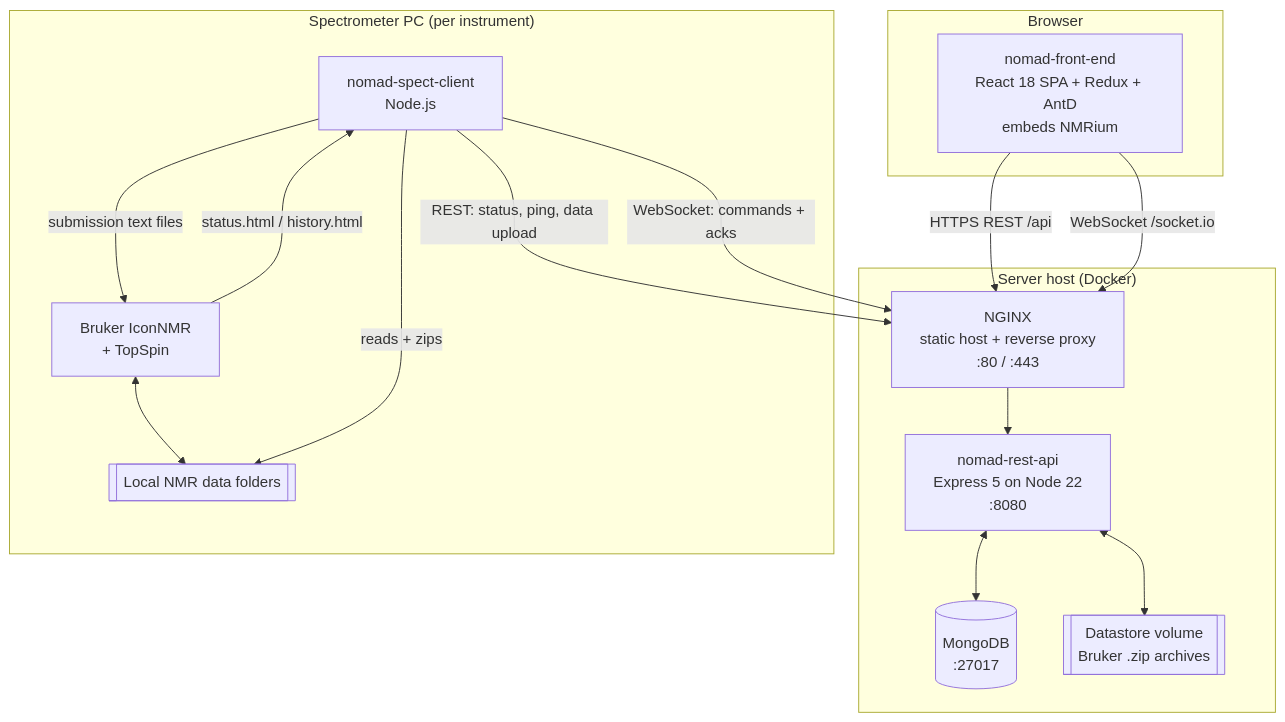
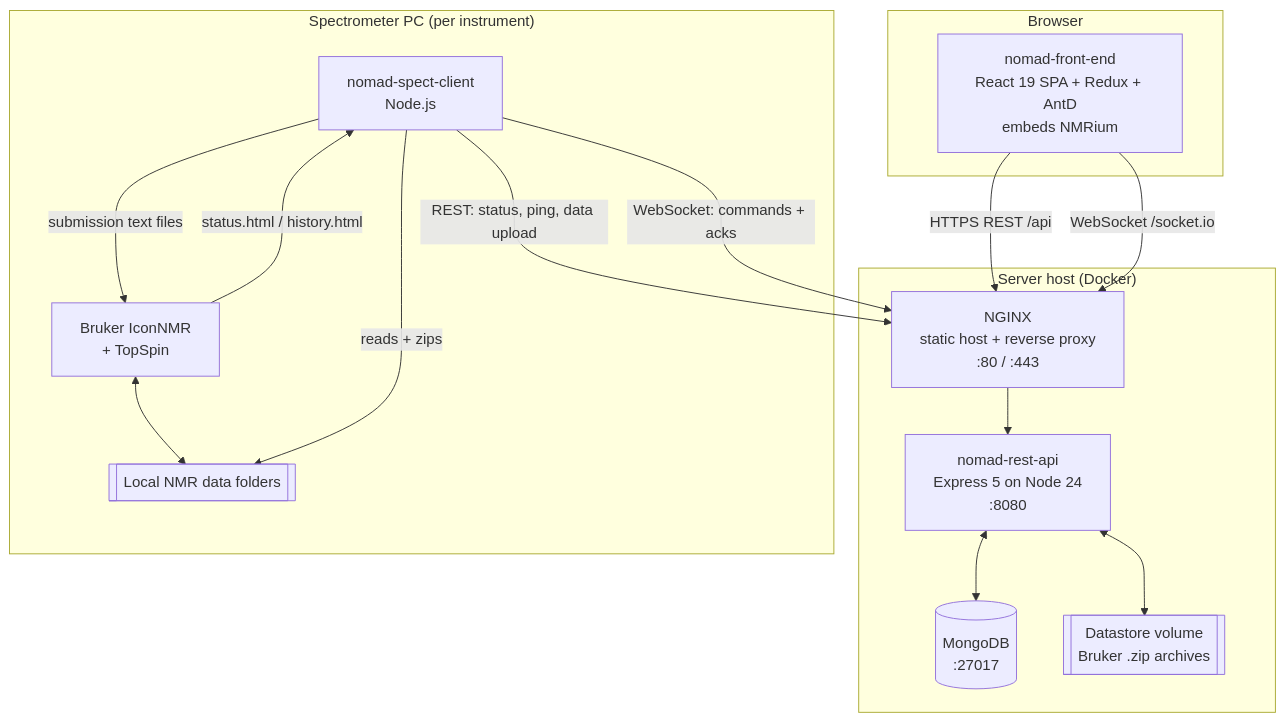
Before and after one commit to nomad-nmr/nomad-server: the first of 5 diagrams in SPEC.md, drawn with Mermaid. The commit also changed other lines of this file, not shown here.

````diff
--- a/SPEC.md
+++ b/SPEC.md
@@ -87,31 +87,31 @@
 ```mermaid
 graph TB
     subgraph Browser
-        FE["nomad-front-end<br/>React 18 SPA + Redux + AntD<br/>embeds NMRium"]
+        FE["nomad-front-end<br/>React 19 SPA + Redux + AntD<br/>embeds NMRium"]
     end
 
     subgraph "Server host (Docker)"
         NGINX["NGINX<br/>static host + reverse proxy<br/>:80 / :443"]
-        API["nomad-rest-api<br/>Express 5 on Node 22<br/>:8080"]
+        API["nomad-rest-api<br/>Express 5 on Node 24<br/>:8080"]
         DB[("MongoDB<br/>:27017")]
         FS[["Datastore volume<br/>Bruker .zip archives"]]
     end
 
     subgraph "Spectrometer PC (per instrument)"
         SC["nomad-spect-client<br/>Node.js"]
         ICON["Bruker IconNMR<br/>+ TopSpin"]
         DATA[["Local NMR data folders"]]
     end
 
     FE -- "HTTPS REST /api" --> NGINX
     FE -- "WebSocket /socket.io" --> NGINX
     NGINX --> API
     API <--> DB
     API <--> FS
     SC -- "REST: status, ping, data upload" --> NGINX
     SC -- "WebSocket: commands + acks" --> NGINX
     ICON -- "status.html / history.html" --> SC
     SC -- "submission text files" --> ICON
     ICON <--> DATA
     SC -- "reads + zips" --> DATA
 ```
````
